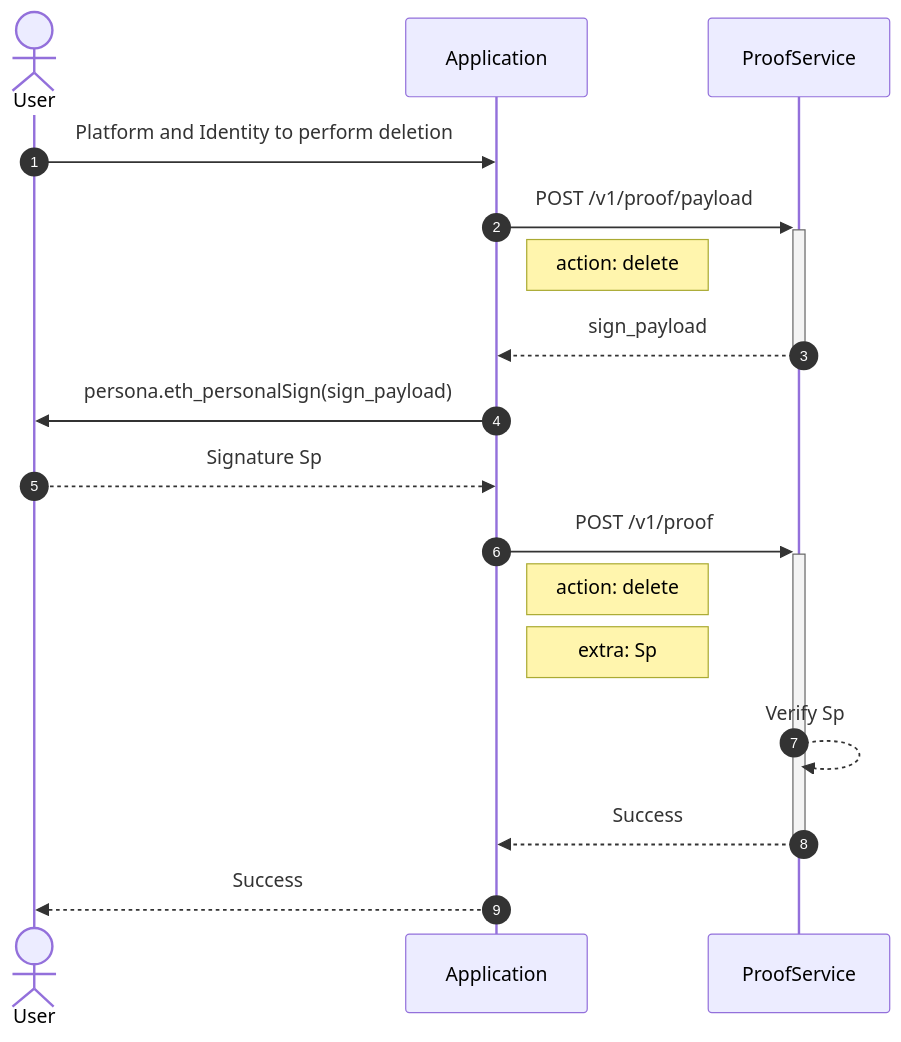
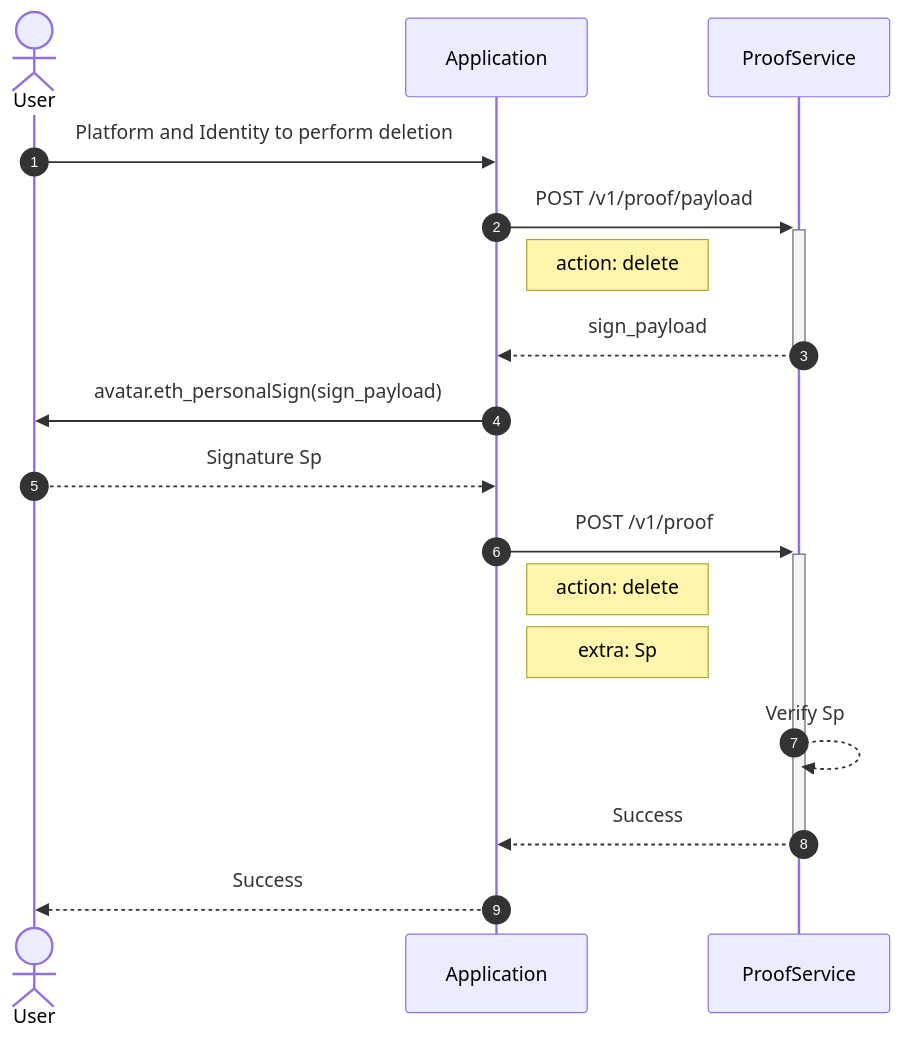
One commit to NextDotID/docs changed the third of 3 diagrams in docs/proof-service/flow.md. Above: the diagram before and after it, drawn with Mermaid. The commit also changed other lines of this file and 23 other files, not shown here.

Commit message:
[!] Term changed: Persona -> Avatar

````diff
--- a/docs/proof-service/flow.md
+++ b/docs/proof-service/flow.md
@@ -91,21 +91,21 @@
 ```mermaid
 sequenceDiagram
     autonumber
     actor U as User
     participant A as Application
     participant PS as ProofService
 
     U ->> A : Platform and Identity to perform deletion
     A ->>+ PS : POST /v1/proof/payload
     note right of A: action: delete
     PS -->>- A : sign_payload
-    A ->> U : persona.eth_personalSign(sign_payload)
+    A ->> U : avatar.eth_personalSign(sign_payload)
     U -->> A : Signature Sp
     A ->>+ PS : POST /v1/proof
     note right of A: action: delete
     note right of A: extra: Sp
     PS -->> PS : Verify Sp
     PS -->>- A : Success
     A -->> U : Success
 
 ```
````
